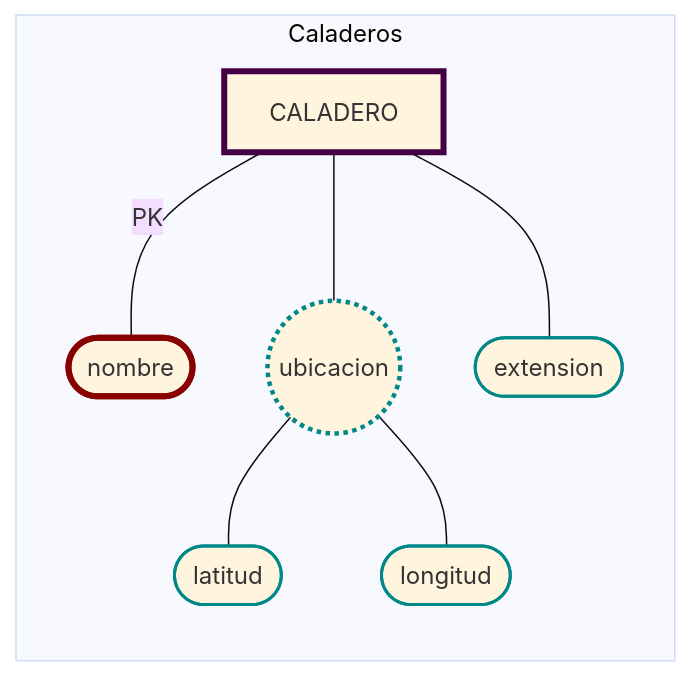
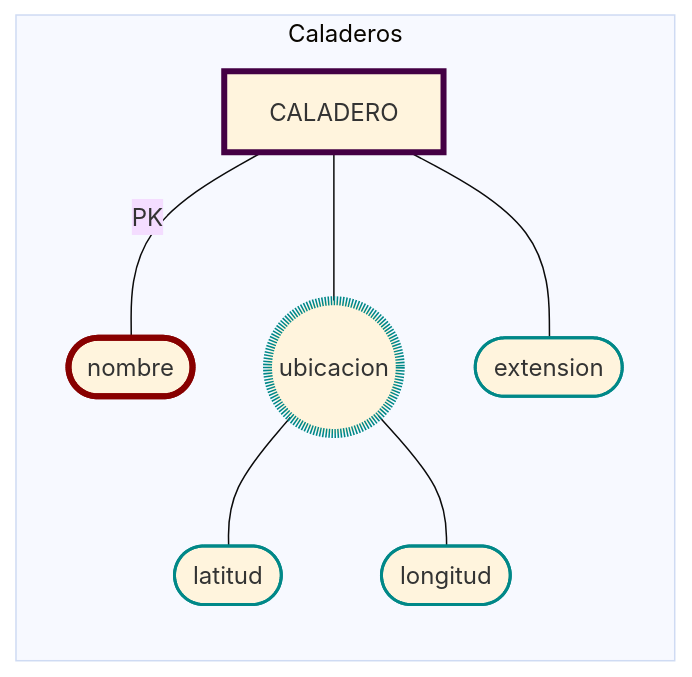
One commit to JulTob/BasesDeDatos changed the diagram in Practica/P1/Schema/Caladeros.md. Above: the diagram before and after it, drawn with Mermaid (base theme). The commit also changed other lines of this file, not shown here.

````diff
--- a/Practica/P1/Schema/Caladeros.md
+++ b/Practica/P1/Schema/Caladeros.md
@@ -7,19 +8,20 @@
 ```mermaid
 flowchart LR   
   classDef atributo stroke:#088,stroke-width:2px;
   classDef derivado stroke-width:3px, stroke-dasharray:3 3;
+  classDef compuesto stroke-width:6px, stroke-dasharray:1 1;
   classDef pk stroke:#800,stroke-width:4px;
   classDef entidad stroke:#404,stroke-width:4px;
 
   %% Atributos CALADERO
   subgraph Caladeros
     Caladero[CALADERO]:::entidad
     Caladero ---|PK| nombre([nombre]):::pk 
     Caladero --- ubicacion((ubicacion)):::atributo 
     Caladero --- extension([extension]):::atributo 
-      ubicacion:::derivado
+      ubicacion:::compuesto
       ubicacion  --- latitud([latitud]):::atributo
 	  ubicacion  --- longitud([longitud]):::atributo 
 
     end
 ```
````
